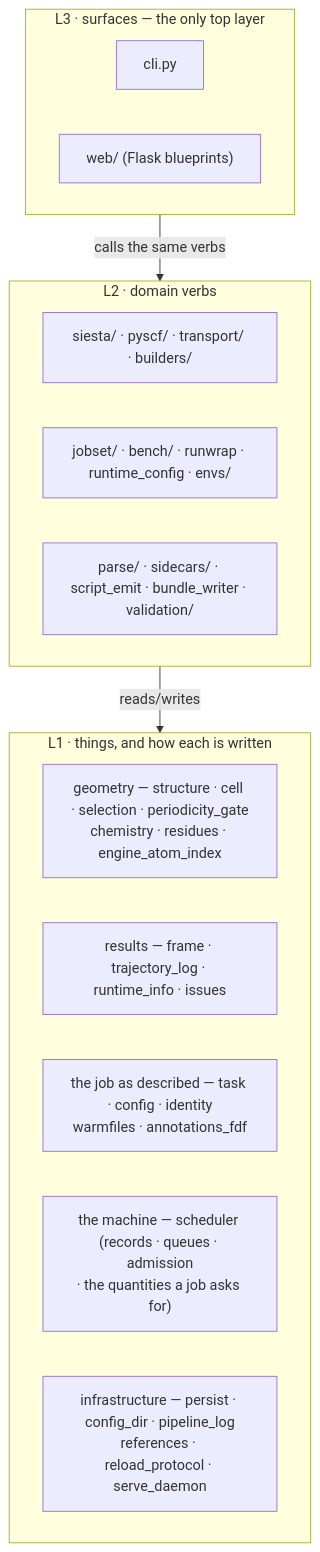
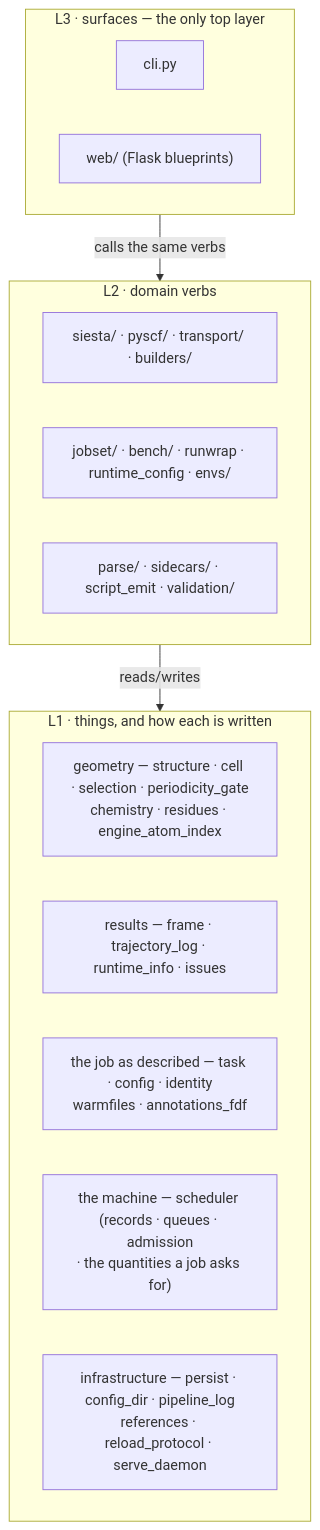
One commit to Qing-LAB/molbuilder changed the diagram in docs/architecture.md. Above: the diagram before and after it, drawn with Mermaid. The commit also changed other lines of this file and 26 other files, not shown here.

````diff
--- a/docs/architecture.md
+++ b/docs/architecture.md
@@ -89,21 +89,21 @@
 ```mermaid
 flowchart TB
   subgraph L3["L3 · surfaces — the only top layer"]
     CLI["cli.py"]
     WEB["web/ (Flask blueprints)"]
   end
   subgraph L2["L2 · domain verbs"]
     ENG["siesta/ · pyscf/ · transport/ · builders/"]
     EXE["jobset/ · bench/ · runwrap · runtime_config · envs/"]
-    RW["parse/ · sidecars/ · script_emit · bundle_writer · validation/"]
+    RW["parse/ · sidecars/ · script_emit · validation/"]
   end
   subgraph L1["L1 · things, and how each is written"]
     GEO["geometry — structure · cell · selection · periodicity_gate<br/>chemistry · residues · engine_atom_index"]
     RES["results — frame · trajectory_log · runtime_info · issues"]
     JOB["the job as described — task · config · identity<br/>warmfiles · annotations_fdf"]
     MACH["the machine — scheduler (records · queues · admission<br/>· the quantities a job asks for)"]
     INF["infrastructure — persist · config_dir · pipeline_log<br/>references · reload_protocol · serve_daemon"]
   end
   L3 -->|calls the same verbs| L2
   L2 -->|reads/writes| L1
 ```
````
